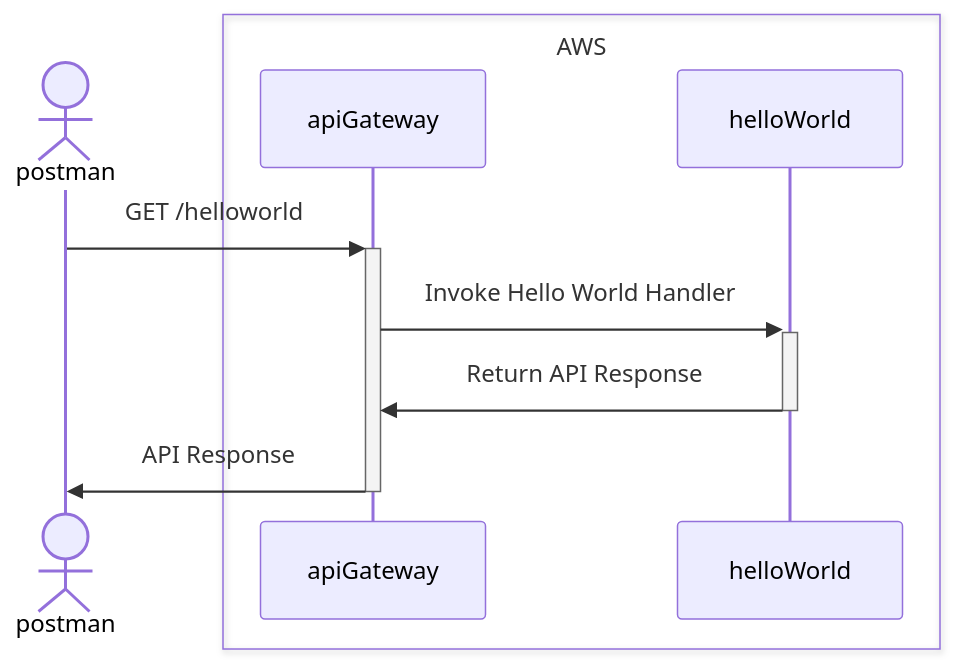
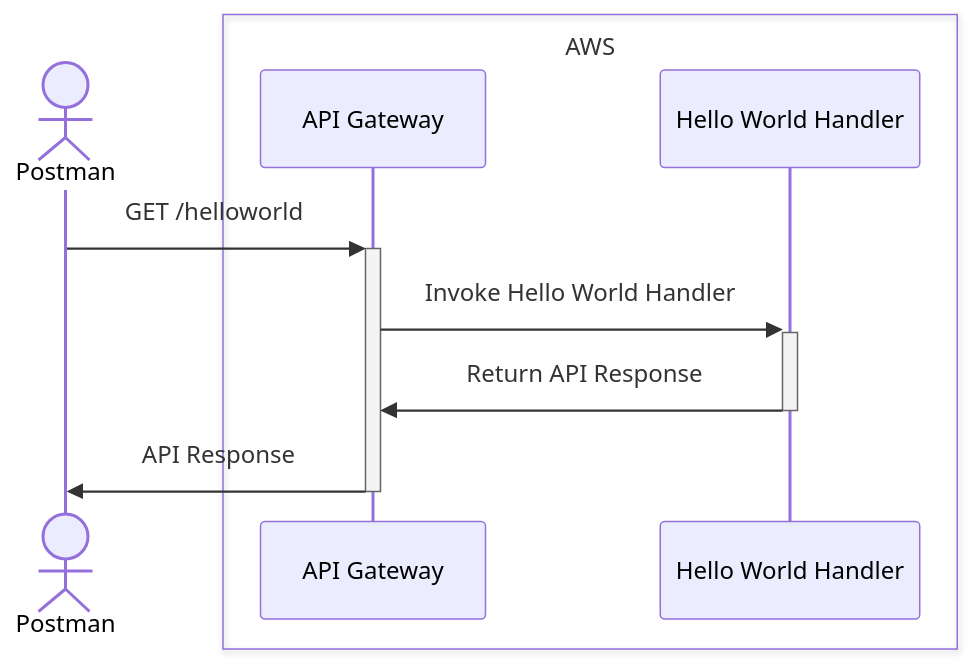
One commit to ccthomas/hello-aws changed the diagram in docs/TECHNICAL_DESIGN.md. Above: the diagram before and after it, drawn with Mermaid. The commit also changed other lines of this file and 6 other files, not shown here.

````diff
--- a/docs/TECHNICAL_DESIGN.md
+++ b/docs/TECHNICAL_DESIGN.md
@@ -21,12 +9,12 @@
 ```mermaid
 sequenceDiagram
-    actor postman 
+    actor Postman 
     box AWS
-    participant apiGateway
-    participant helloWorld
+    participant API Gateway
+    participant Hello World Handler
     end
-    postman->>+apiGateway: GET /helloworld
-    apiGateway->>+helloWorld: Invoke Hello World Handler
-    helloWorld->>-apiGateway: Return API Response
-    apiGateway->>-postman: API Response
+    Postman->>+API Gateway: GET /helloworld
+    API Gateway->>+Hello World Handler: Invoke Hello World Handler
+    Hello World Handler->>-API Gateway: Return API Response
+    API Gateway->>-Postman: API Response
 ```
````
